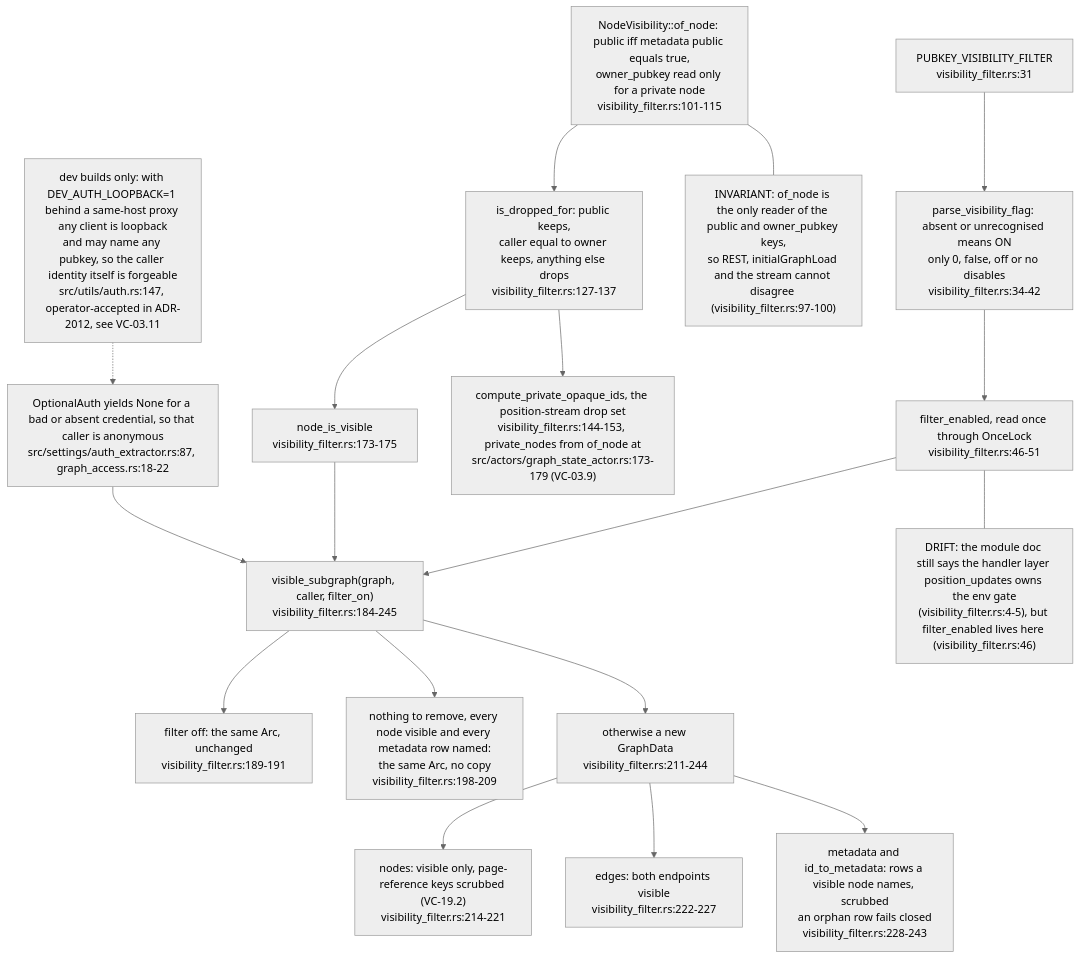
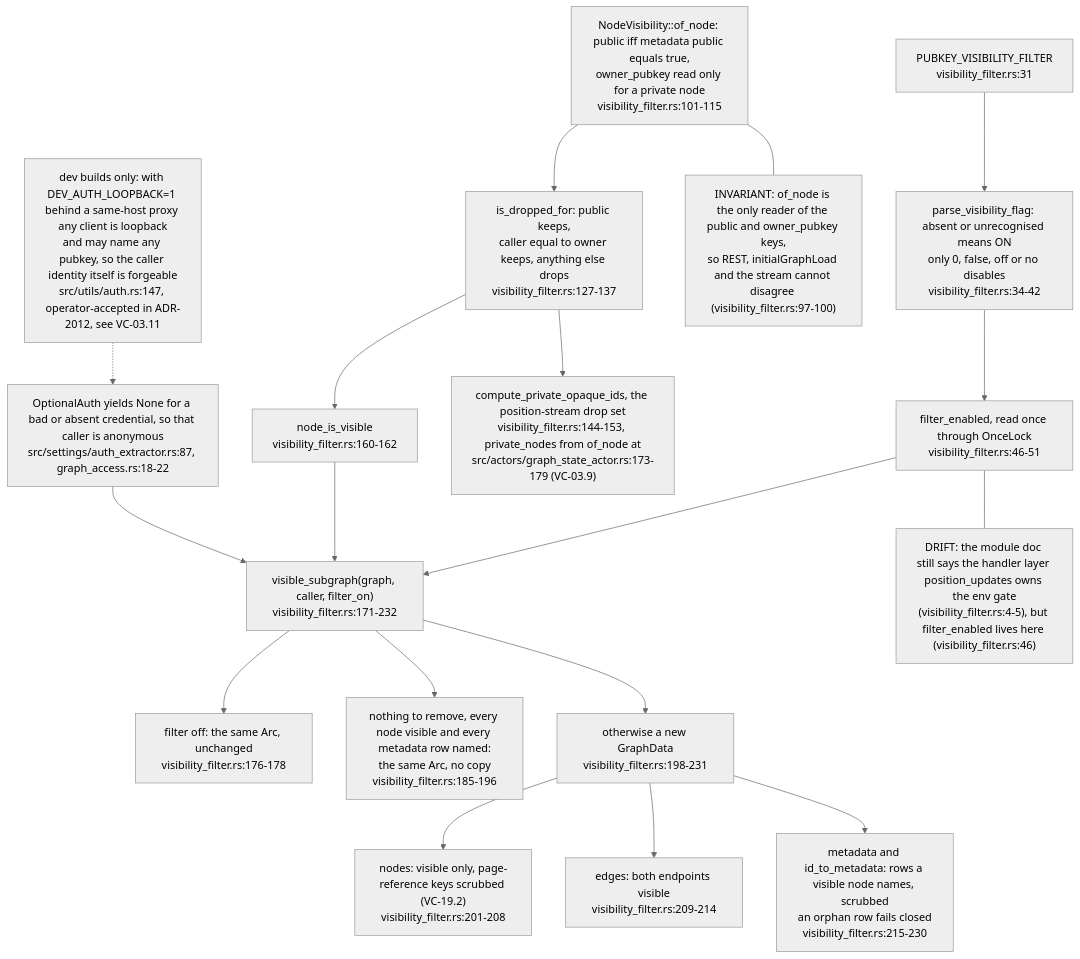
One commit to DreamLab-AI/VisionFlow changed the first of 7 diagrams in docs/diagrams/visionclaw/19-visibility-gate-and-metadata-scrub.md. Above: the diagram before and after it, drawn with Mermaid (neutral theme). The commit also changed other lines of this file and 46 other files, not shown here.

Commit message:
docs(diagrams): re-verify VisionClaw topics at 809a859aa/a950f4d80 after the consolidation pass

````diff
--- a/docs/diagrams/visionclaw/19-visibility-gate-and-metadata-scrub.md
+++ b/docs/diagrams/visionclaw/19-visibility-gate-and-metadata-scrub.md
@@ -53,24 +64,24 @@
 ```mermaid
 flowchart TB
     ENV["PUBKEY_VISIBILITY_FILTER<br/>visibility_filter.rs:31"] --> PARSE["parse_visibility_flag: absent or unrecognised means ON<br/>only 0, false, off or no disables<br/>visibility_filter.rs:34-42"]
     PARSE --> FE["filter_enabled, read once through OnceLock<br/>visibility_filter.rs:46-51"]
     ON["NodeVisibility::of_node: public iff metadata public equals true,<br/>owner_pubkey read only for a private node<br/>visibility_filter.rs:101-115"] --> DROP["is_dropped_for: public keeps,<br/>caller equal to owner keeps, anything else drops<br/>visibility_filter.rs:127-137"]
-    DROP --> NIV["node_is_visible<br/>visibility_filter.rs:173-175"]
+    DROP --> NIV["node_is_visible<br/>visibility_filter.rs:160-162"]
     DROP --> CPO["compute_private_opaque_ids, the position-stream drop set<br/>visibility_filter.rs:144-153, private_nodes from of_node at<br/>src/actors/graph_state_actor.rs:173-179 (VC-03.9)"]
     FE --> VS
-    NIV --> VS["visible_subgraph(graph, caller, filter_on)<br/>visibility_filter.rs:184-245"]
-    VS --> OFF["filter off: the same Arc, unchanged<br/>visibility_filter.rs:189-191"]
-    VS --> SAME["nothing to remove, every node visible and every metadata row named:<br/>the same Arc, no copy<br/>visibility_filter.rs:198-209"]
-    VS --> NEW["otherwise a new GraphData<br/>visibility_filter.rs:211-244"]
-    NEW --> N1["nodes: visible only, page-reference keys scrubbed (VC-19.2)<br/>visibility_filter.rs:214-221"]
-    NEW --> N2["edges: both endpoints visible<br/>visibility_filter.rs:222-227"]
-    NEW --> N3["metadata and id_to_metadata: rows a visible node names, scrubbed<br/>an orphan row fails closed<br/>visibility_filter.rs:228-243"]
+    NIV --> VS["visible_subgraph(graph, caller, filter_on)<br/>visibility_filter.rs:171-232"]
+    VS --> OFF["filter off: the same Arc, unchanged<br/>visibility_filter.rs:176-178"]
+    VS --> SAME["nothing to remove, every node visible and every metadata row named:<br/>the same Arc, no copy<br/>visibility_filter.rs:185-196"]
+    VS --> NEW["otherwise a new GraphData<br/>visibility_filter.rs:198-231"]
+    NEW --> N1["nodes: visible only, page-reference keys scrubbed (VC-19.2)<br/>visibility_filter.rs:201-208"]
+    NEW --> N2["edges: both endpoints visible<br/>visibility_filter.rs:209-214"]
+    NEW --> N3["metadata and id_to_metadata: rows a visible node names, scrubbed<br/>an orphan row fails closed<br/>visibility_filter.rs:215-230"]
     INV["INVARIANT: of_node is the only reader of the public and owner_pubkey keys,<br/>so REST, initialGraphLoad and the stream cannot disagree (visibility_filter.rs:97-100)"]
     ON --- INV
     DR["DRIFT: the module doc still says the handler layer position_updates owns the env gate<br/>(visibility_filter.rs:4-5), but filter_enabled lives here (visibility_filter.rs:46)"]
     FE --- DR
     OA["OptionalAuth yields None for a bad or absent credential, so that caller is anonymous<br/>src/settings/auth_extractor.rs:87, graph_access.rs:18-22"]
     OA --> VS
     DEV["dev builds only: with DEV_AUTH_LOOPBACK=1 behind a same-host proxy any client is loopback<br/>and may name any pubkey, so the caller identity itself is forgeable<br/>src/utils/auth.rs:147, operator-accepted in ADR-2012, see VC-03.11"]
     DEV -.-> OA
 ```
````
